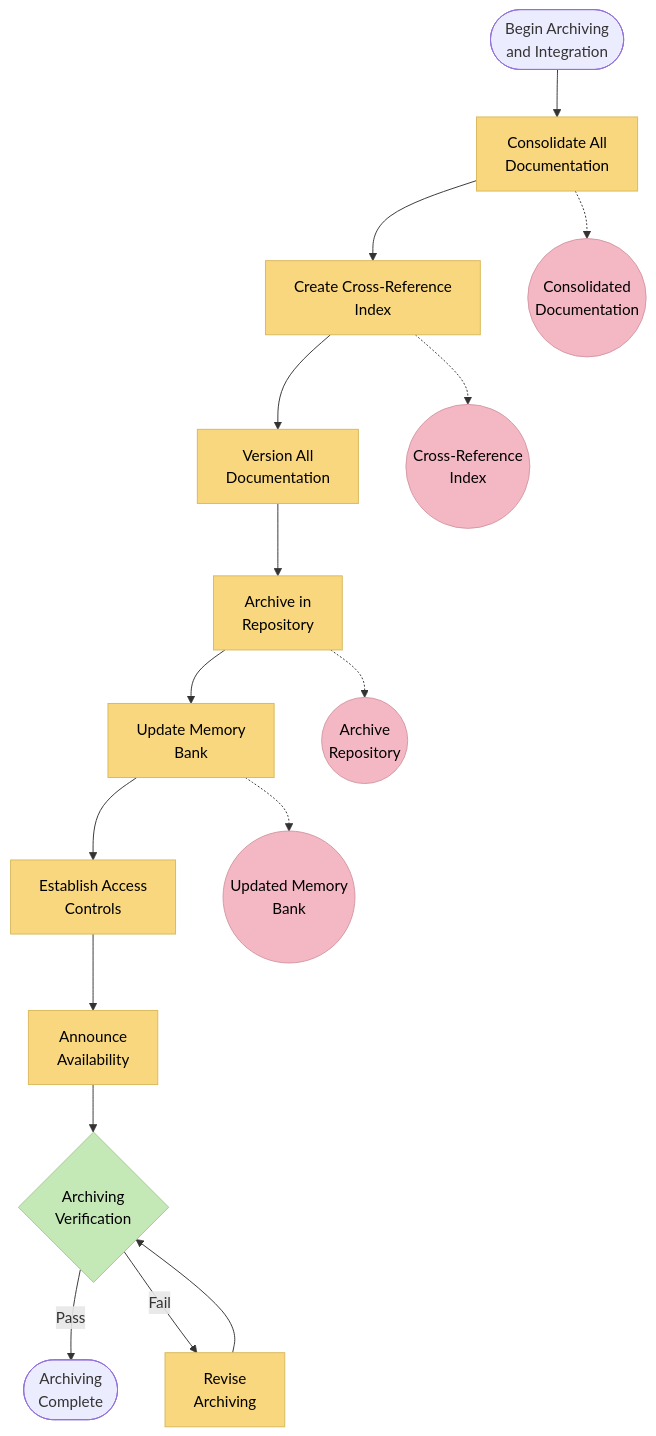
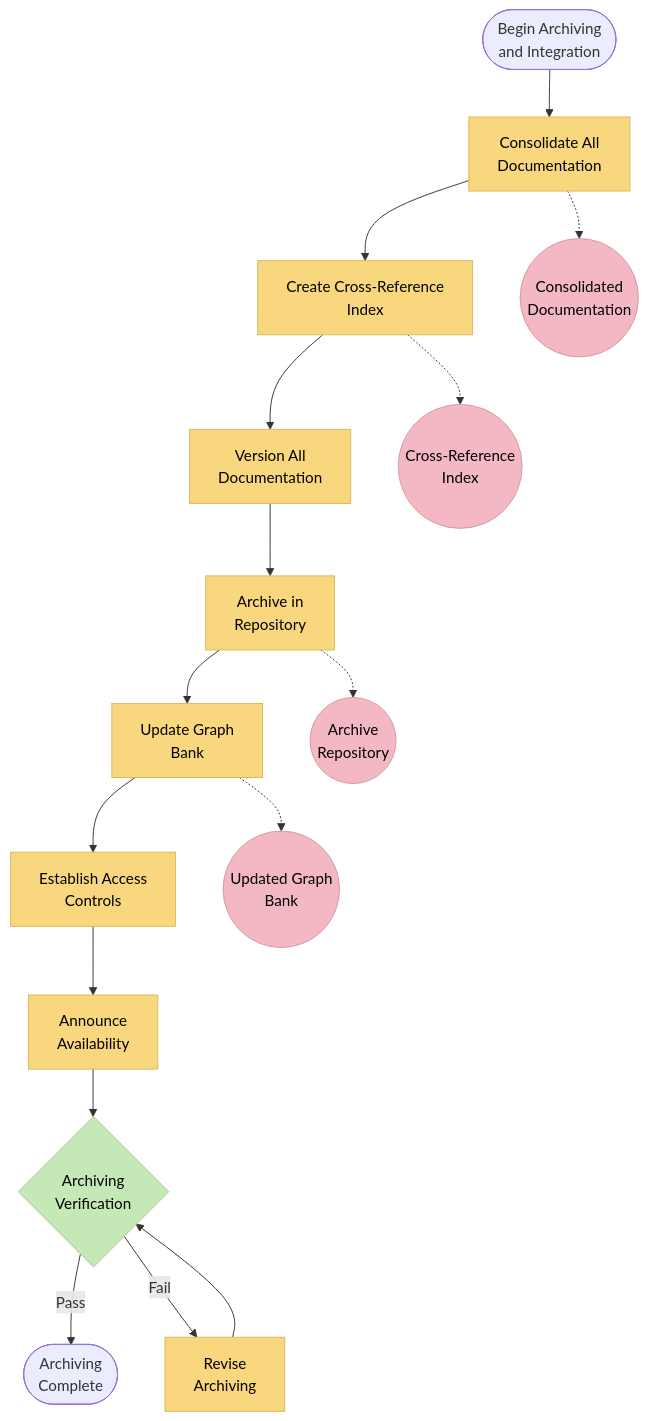
The fourth of 5 diagrams in .cursor/rules/isolation_rules/Level4/archive-comprehensive.mdc (7Spade/cursor-memory-bank), drawn with Mermaid before and after one commit. The commit also changed other lines of this file and 37 other files, not shown here.

Commit message:
refactor: Standardize terminology from "Memory Bank" to "Graph Bank" across all files, ensuring consistency in documentation and improving clarity in the system's architecture and processes

````diff
--- a/.cursor/rules/isolation_rules/Level4/archive-comprehensive.mdc
+++ b/.cursor/rules/isolation_rules/Level4/archive-comprehensive.mdc
@@ -460,28 +460,28 @@
 ```mermaid
 flowchart TD
     classDef step fill:#f9d77e,stroke:#d9b95c,color:#000
     classDef artifact fill:#f4b8c4,stroke:#d498a4,color:#000
     classDef verification fill:#c5e8b7,stroke:#a5c897,color:#000
     
     Start([Begin Archiving<br>and Integration]) --> Consolidate[Consolidate All<br>Documentation]
     Consolidate --> CrossRef[Create Cross-Reference<br>Index]
     CrossRef --> Version[Version All<br>Documentation]
     Version --> Archive[Archive in<br>Repository]
-    Archive --> UpdateMB[Update Memory<br>Bank]
+    Archive --> UpdateMB[Update Graph<br>Bank]
     UpdateMB --> AccessControl[Establish Access<br>Controls]
     AccessControl --> Announce[Announce<br>Availability]
     Announce --> Verification{Archiving<br>Verification}
     Verification -->|Pass| Complete([Archiving<br>Complete])
     Verification -->|Fail| Revise[Revise<br>Archiving]
     Revise --> Verification
     
     Consolidate -.-> AllDocs((Consolidated<br>Documentation))
     CrossRef -.-> Index((Cross-Reference<br>Index))
     Archive -.-> Repo((Archive<br>Repository))
-    UpdateMB -.-> MB((Updated Memory<br>Bank))
+    UpdateMB -.-> MB((Updated Graph<br>Bank))
     
     class Start,Complete milestone
     class Consolidate,CrossRef,Version,Archive,UpdateMB,AccessControl,Announce,Revise step
     class Verification verification
     class AllDocs,Index,Repo,MB artifact
 ```
````
